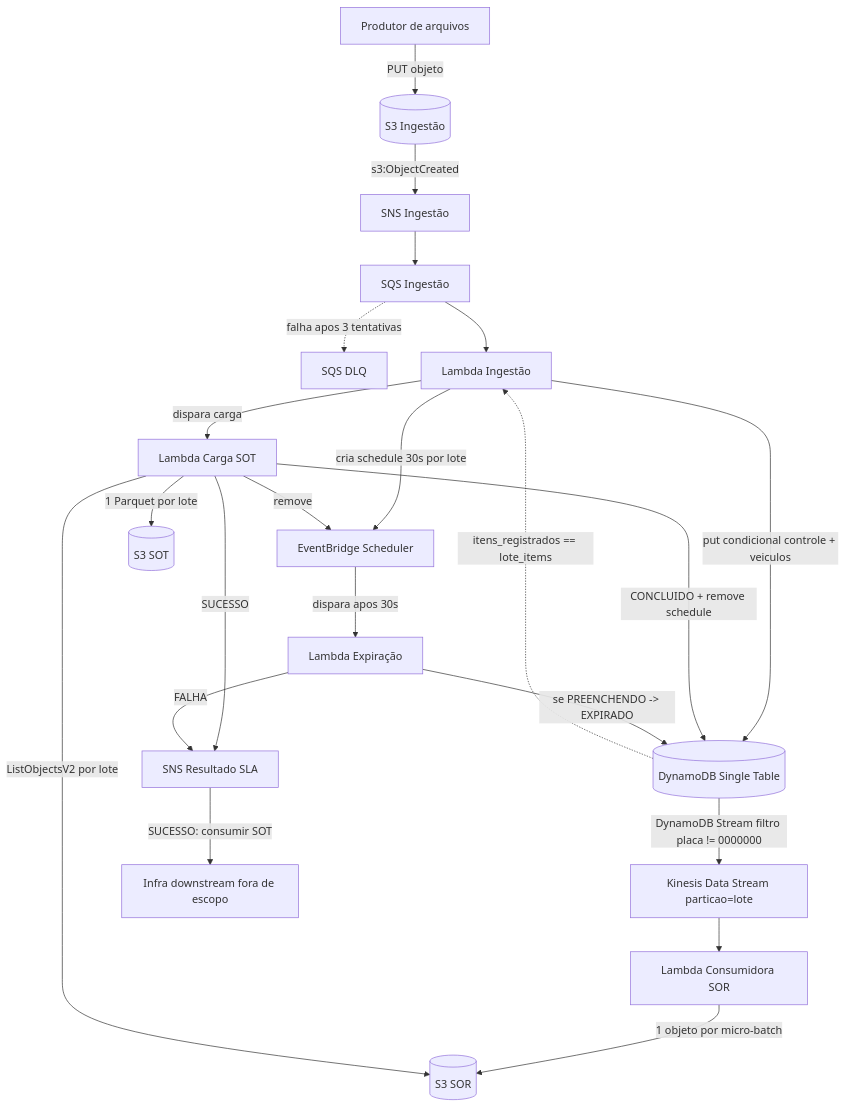
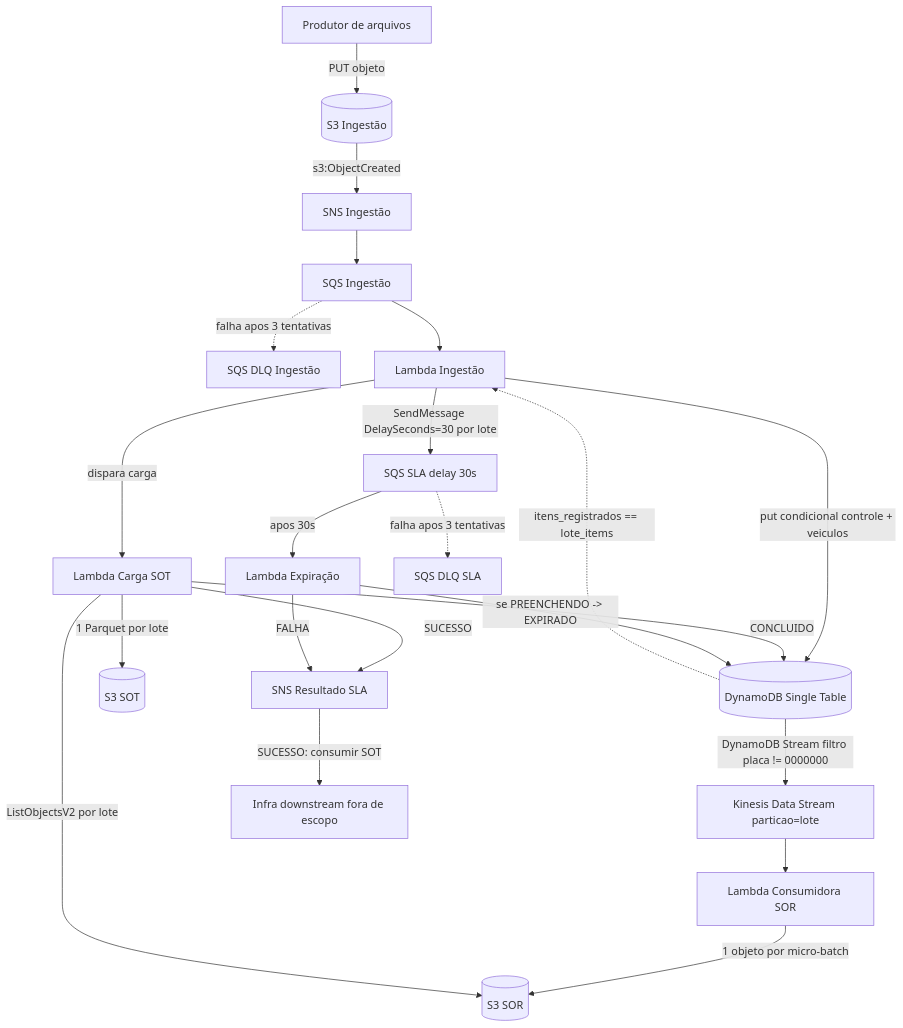
Before and after one commit to robsondouglas/POC-DADOS-VEICULOS: the first of 3 diagrams in .kiro/specs/processamento-lotes-veiculos/design.md, drawn with Mermaid. The commit also changed other lines of this file and 15 other files, not shown here.

Commit message:
Troca do Event Bridge  Scheduler para SQS, para atender a precisão do SLA

````diff
--- a/.kiro/specs/processamento-lotes-veiculos/design.md
+++ b/.kiro/specs/processamento-lotes-veiculos/design.md
@@ -39,29 +39,29 @@
 ```mermaid
 flowchart TD
     P[Produtor de arquivos] -->|PUT objeto| S3I[(S3 Ingestão)]
     S3I -->|s3:ObjectCreated| SNSI[SNS Ingestão]
     SNSI --> SQS[SQS Ingestão]
-    SQS -. falha apos 3 tentativas .-> DLQ[SQS DLQ]
+    SQS -. falha apos 3 tentativas .-> DLQ[SQS DLQ Ingestão]
     SQS --> LIN[Lambda Ingestão]
 
     LIN -->|put condicional controle + veiculos| DDB[(DynamoDB Single Table)]
-    LIN -->|cria schedule 30s por lote| SCH[EventBridge Scheduler]
+    LIN -->|SendMessage DelaySeconds=30 por lote| SLAQ[SQS SLA delay 30s]
 
     DDB -->|DynamoDB Stream filtro placa != 0000000| KDS[Kinesis Data Stream particao=lote]
     KDS --> LSOR[Lambda Consumidora SOR]
     LSOR -->|1 objeto por micro-batch| SOR[(S3 SOR)]
 
     DDB -. itens_registrados == lote_items .-> LIN
     LIN -->|dispara carga| LSOT[Lambda Carga SOT]
     LSOT -->|ListObjectsV2 por lote| SOR
     LSOT -->|1 Parquet por lote| SOT[(S3 SOT)]
-    LSOT -->|CONCLUIDO + remove schedule| DDB
-    LSOT -->|remove| SCH
+    LSOT -->|CONCLUIDO| DDB
 
-    SCH -->|dispara apos 30s| LEXP[Lambda Expiração]
+    SLAQ -->|apos 30s| LEXP[Lambda Expiração]
+    SLAQ -. falha apos 3 tentativas .-> SDLQ[SQS DLQ SLA]
     LEXP -->|se PREENCHENDO -> EXPIRADO| DDB
 
     LSOT -->|SUCESSO| SNSR[SNS Resultado SLA]
     LEXP -->|FALHA| SNSR
     SNSR -->|SUCESSO: consumir SOT| DOWN[Infra downstream fora de escopo]
 ```
````
